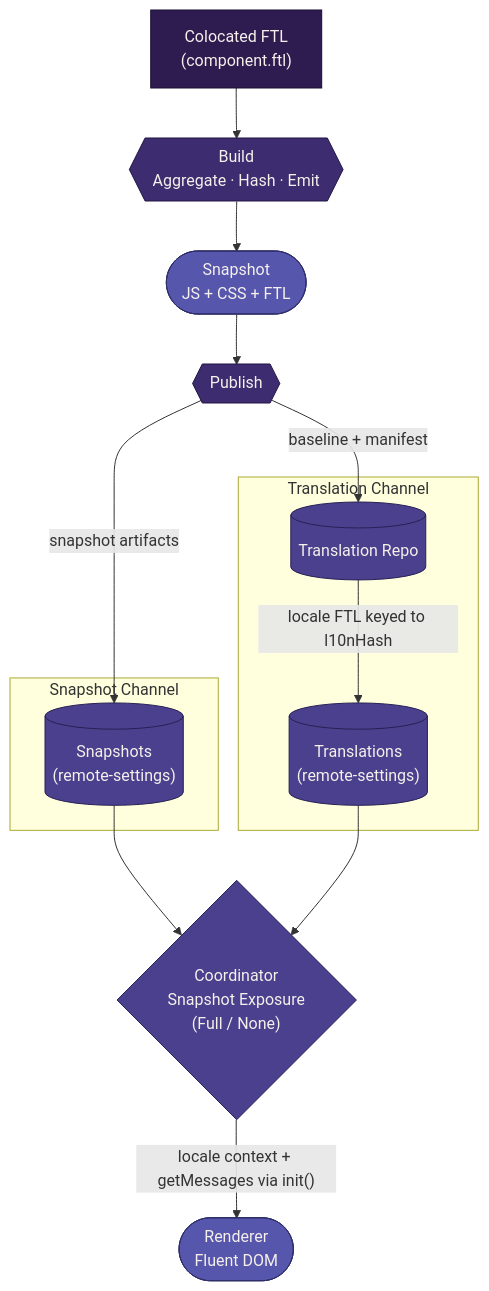
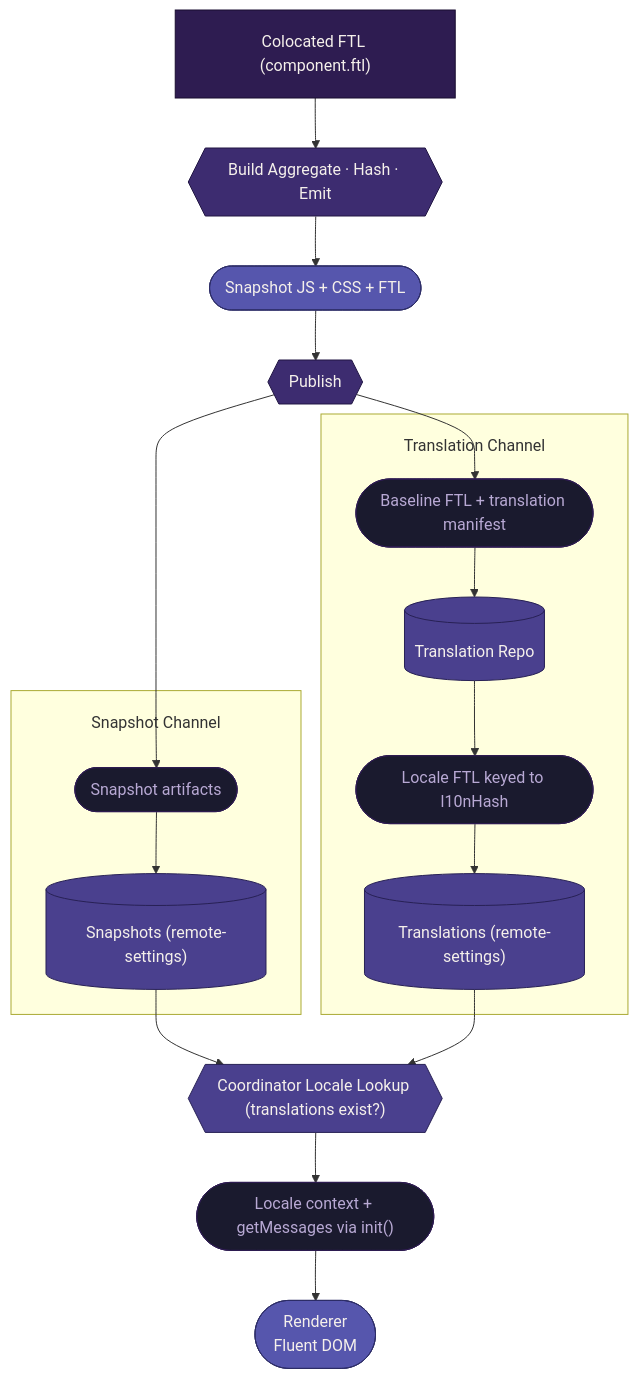
Before and after one commit to mozilla/home-new-tab: the diagram in docs/architecture/l10n.md, drawn with Mermaid. The commit also changed other lines of this file and 1 other file, not shown here.

````diff
--- a/docs/architecture/l10n.md
+++ b/docs/architecture/l10n.md
@@ -15,38 +15,52 @@
 ```mermaid
+---
+config:
+  flowchart:
+    padding: 20
+    subGraphTitleMargin:
+      top: 20
+      bottom: 20
+---
 flowchart TD
-    source@{label: "Colocated FTL<br/>(component.ftl)", shape: rect}
-    build@{label: "Build<br/>Aggregate · Hash · Emit", shape: hexagon}
-    snapshot@{label: "Snapshot<br/>JS + CSS + FTL", shape: stadium}
+    source@{label: "Colocated FTL (component.ftl)", shape: rect}
+    build@{label: "Build Aggregate · Hash · Emit", shape: hexagon}
+    snapshot@{label: "Snapshot JS + CSS + FTL", shape: stadium}
     publish@{label: "Publish", shape: hexagon}
 
     subgraph "Snapshot Channel"
-        snapshotRS@{label: "Snapshots<br/>(remote-settings)", shape: cylinder}
+        snapshotArtifacts@{label: "Snapshot artifacts", shape: stadium}
+        snapshotRS@{label: "Snapshots (remote-settings)", shape: cylinder}
     end
 
     subgraph "Translation Channel"
+        baselineHandoff@{label: "Baseline FTL + translation manifest", shape: stadium}
         translationRepo@{label: "Translation Repo", shape: cylinder}
-        translationRS@{label: "Translations<br/>(remote-settings)", shape: cylinder}
+        localeFTL@{label: "Locale FTL keyed to l10nHash", shape: stadium}
+        translationRS@{label: "Translations (remote-settings)", shape: cylinder}
     end
 
-    coordinator@{label: "Coordinator<br/>Snapshot Exposure<br/>(Full / None)", shape: diamond}
+    coordinator@{label: "Coordinator Locale Lookup (translations exist?)", shape: hexagon}
+    localeContext@{label: "Locale context + getMessages via init()", shape: stadium}
     renderer@{label: "Renderer<br/>Fluent DOM", shape: stadium}
 
     source --> build --> snapshot --> publish
-    publish -->|"snapshot artifacts"| snapshotRS
-    publish -->|"baseline + manifest"| translationRepo
-    translationRepo -->|"locale FTL keyed to l10nHash"| translationRS
+    publish --> snapshotArtifacts --> snapshotRS
+    publish --> baselineHandoff --> translationRepo
+    translationRepo --> localeFTL --> translationRS
     snapshotRS --> coordinator
     translationRS --> coordinator
-    coordinator -->|"locale context + getMessages via init()"| renderer
+    coordinator --> localeContext --> renderer
 
     classDef deepest fill:#2e1c51,stroke:#190d30,color:#f5f0eb
     classDef deep fill:#3d2c70,stroke:#211643,color:#f5f0eb
     classDef mid fill:#4a408e,stroke:#282155,color:#f5f0eb
     classDef light fill:#5656ad,stroke:#2e2e68,color:#f5f0eb
+    classDef label fill:#1a1a2e,stroke:#2e1c51,color:#b8a9d4
 
     class source deepest
     class build,publish deep
     class snapshot,renderer light
     class snapshotRS,translationRepo,translationRS mid
     class coordinator mid
+    class snapshotArtifacts,baselineHandoff,localeFTL,localeContext label
 ```
````
